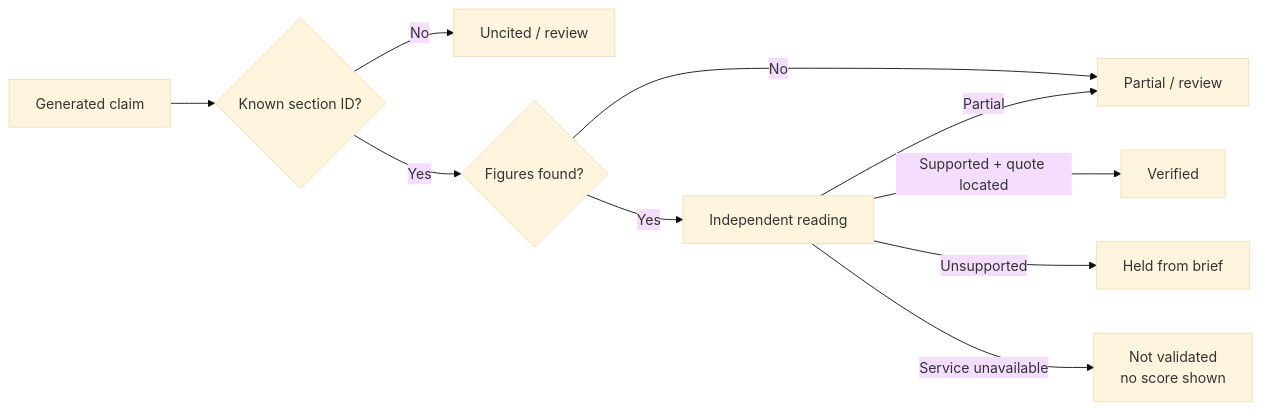
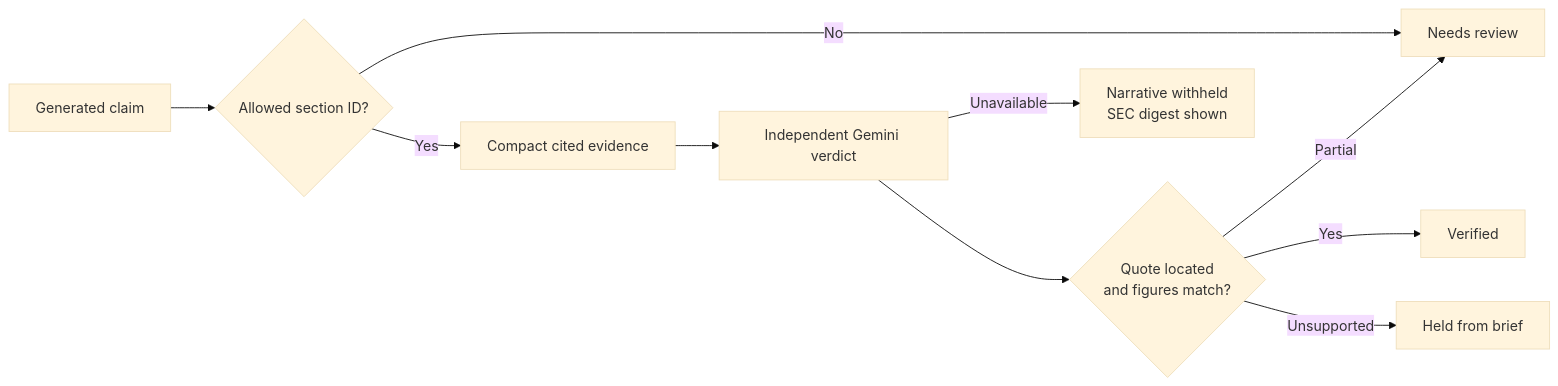
The third of 3 diagrams in README.md (iamestime/ai-prototype-advisor-brief), drawn with Mermaid (base theme) before and after one commit. The commit also changed other lines of this file and 21 other files, not shown here.

````diff
--- a/README.md
+++ b/README.md
@@ -92,12 +121,12 @@
 ```mermaid
 flowchart LR
-    C["Generated claim"] --> ID{"Known section ID?"}
-    ID -->|No| U["Uncited / review"]
-    ID -->|Yes| F{"Figures found?"}
-    F -->|No| P["Partial / review"]
-    F -->|Yes| R["Independent reading"]
-    R -->|Supported + quote located| V["Verified"]
-    R -->|Partial| P
-    R -->|Unsupported| H["Held from brief"]
-    R -->|Service unavailable| N["Not validated<br/>no score shown"]
+    C["Generated claim"] --> A{"Allowed section ID?"}
+    A -->|No| R["Needs review"]
+    A -->|Yes| Q["Compact cited evidence"]
+    Q --> V["Independent Gemini verdict"]
+    V --> D{"Quote located<br/>and figures match?"}
+    D -->|Yes| S["Verified"]
+    D -->|Partial| R
+    D -->|Unsupported| H["Held from brief"]
+    V -->|Unavailable| F["Narrative withheld<br/>SEC digest shown"]
 ```
````
